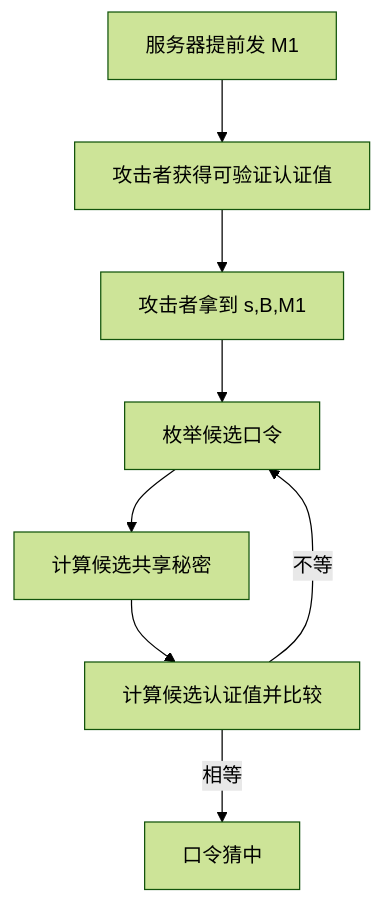
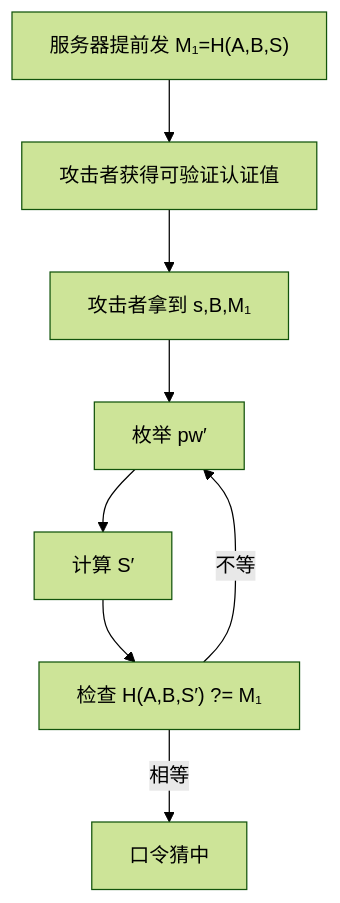
Before and after one commit to 22mouseok-crypto/obsidian-vault: diagram 15 of 21 in 大三下/密码协议/密码协议期末复习-Obsidian视觉版.md, drawn with Mermaid (forest theme). The commit also changed other lines of this file, not shown here.

````diff
--- a/大三下/密码协议/密码协议期末复习-Obsidian视觉版.md
+++ b/大三下/密码协议/密码协议期末复习-Obsidian视觉版.md
@@ -571,10 +571,10 @@
 ```mermaid
 flowchart TD
-    A[服务器提前发 M1] --> B[攻击者获得可验证认证值]
-    B --> C[攻击者拿到 s,B,M1]
-    C --> D[枚举候选口令]
-    D --> E[计算候选共享秘密]
-    E --> F[计算候选认证值并比较]
+    A["服务器提前发 M₁=H(A,B,S)"] --> B[攻击者获得可验证认证值]
+    B --> C[攻击者拿到 s,B,M₁]
+    C --> D[枚举 pw′]
+    D --> E[计算 S′]
+    E --> F["检查 H(A,B,S′) ?= M₁"]
     F -->|相等| G[口令猜中]
     F -->|不等| D
 ```
````
